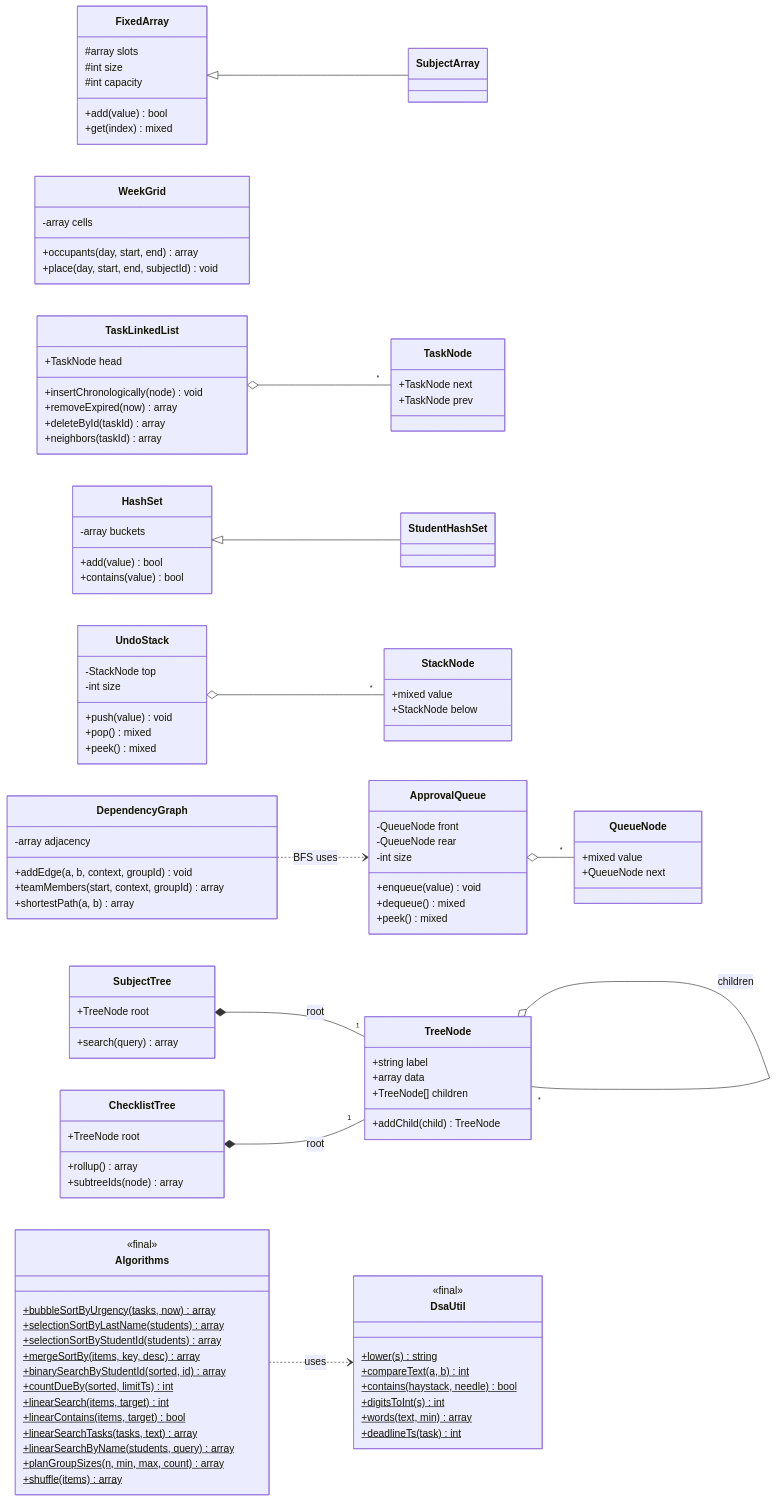
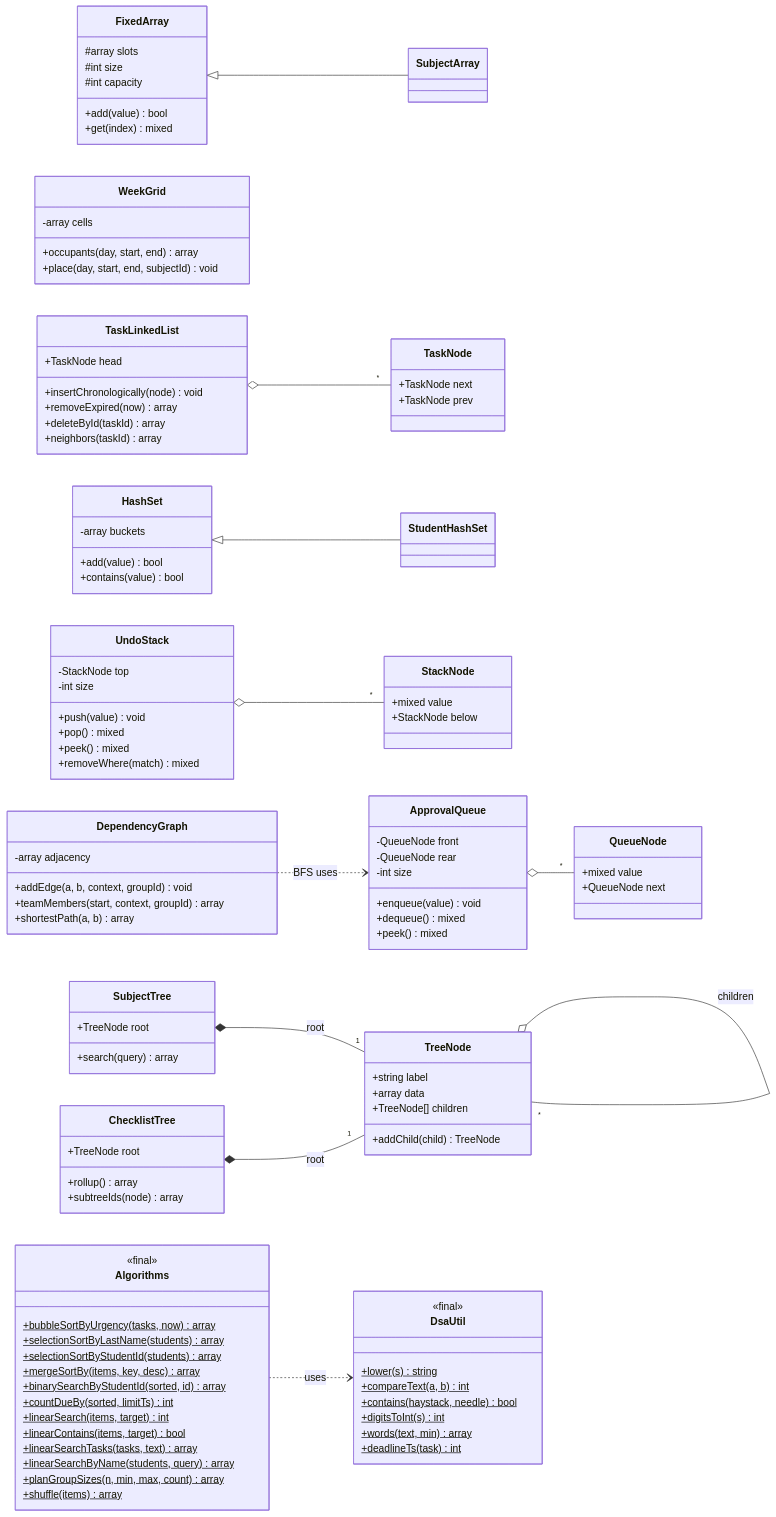
Before and after one commit to rcldvmnl/AcadSync: the seventh of 7 diagrams in docs/CLASS_DIAGRAM.md, drawn with Mermaid. The commit also changed other lines of this file and 17 other files, not shown here.

```diff
--- a/docs/CLASS_DIAGRAM.md
+++ b/docs/CLASS_DIAGRAM.md
@@ -608,6 +616,7 @@
         +push(value) void
         +pop() mixed
         +peek() mixed
+        +removeWhere(match) mixed
     }
     class StackNode {
         +mixed value
```
